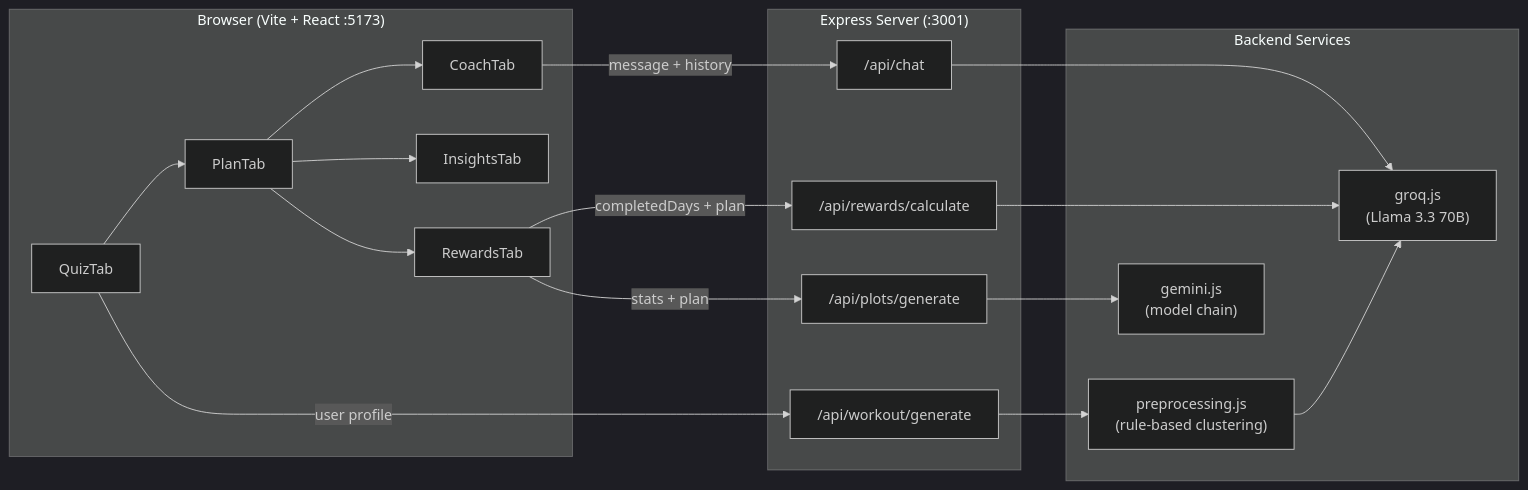
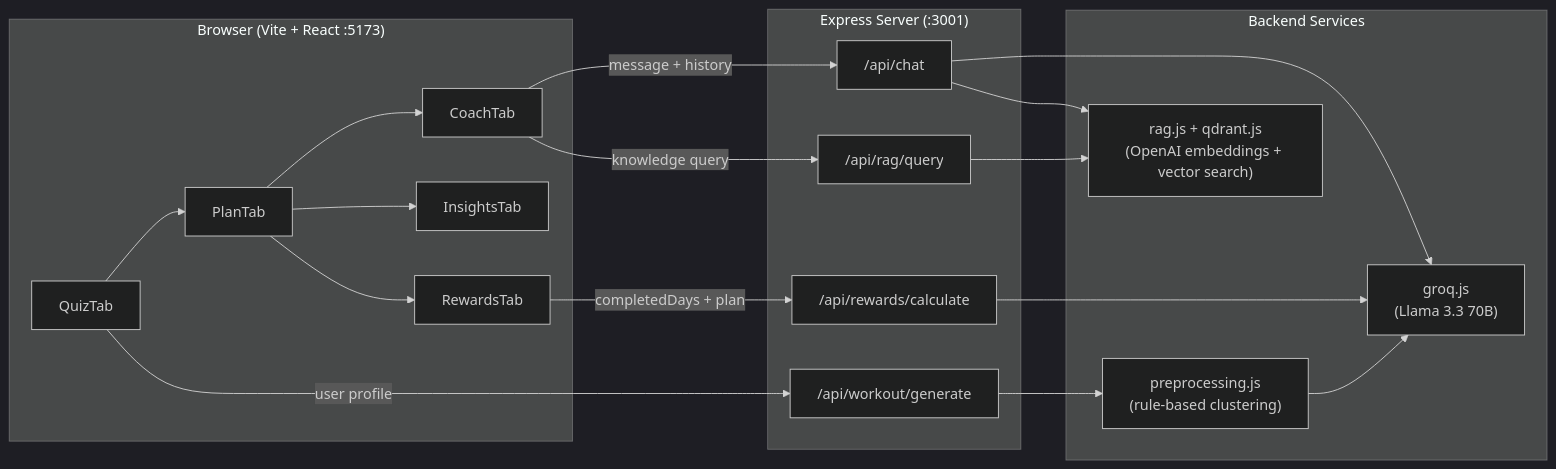
The first of 3 diagrams in README.md (MatteoGuardamagna4/react-app), drawn with Mermaid (dark theme) before and after one commit. The commit also changed other lines of this file and 21 other files, not shown here.

Commit message:
chat RAG + remove gemini

````diff
--- a/README.md
+++ b/README.md
@@ -31,32 +33,33 @@
 ```mermaid
 graph LR
   subgraph Browser ["Browser (Vite + React :5173)"]
     A[QuizTab] --> B[PlanTab]
     B --> C[CoachTab]
     B --> D[InsightsTab]
     B --> E[RewardsTab]
   end
 
   subgraph Server ["Express Server (:3001)"]
     R1["/api/workout/generate"]
     R2["/api/chat"]
     R3["/api/rewards/calculate"]
-    R4["/api/plots/generate"]
+    R4["/api/rag/query"]
   end
 
   subgraph Services ["Backend Services"]
     P["preprocessing.js\n(rule-based clustering)"]
     G["groq.js\n(Llama 3.3 70B)"]
-    GM["gemini.js\n(model chain)"]
+    RAG["rag.js + qdrant.js\n(OpenAI embeddings + vector search)"]
   end
 
   A -- "user profile" --> R1
   C -- "message + history" --> R2
   E -- "completedDays + plan" --> R3
-  E -- "stats + plan" --> R4
+  C -- "knowledge query" --> R4
 
   R1 --> P --> G
   R2 --> G
+  R2 --> RAG
   R3 --> G
-  R4 --> GM
+  R4 --> RAG
 ```
````
